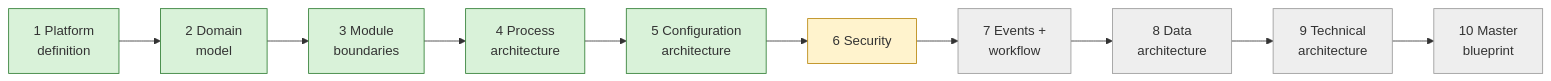
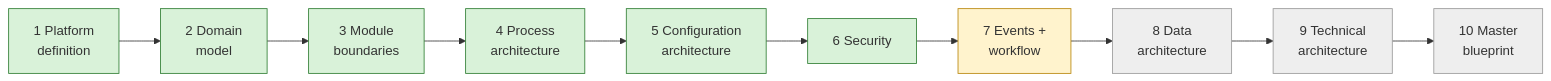
Before and after one commit to adityayadav30561-rgb/MASTER-ERP: the diagram in docs/00-context/CURRENT-STATE.md, drawn with Mermaid. The commit also changed other lines of this file and 29 other files, not shown here.

First line of the commit message:
Accept Step 6; add Step 7 events, automation, workflow, notifications

````diff
--- a/docs/00-context/CURRENT-STATE.md
+++ b/docs/00-context/CURRENT-STATE.md
@@ -11,8 +11,8 @@
 ```mermaid
 flowchart LR
     S1["1 Platform<br/>definition"]:::done --> S2["2 Domain<br/>model"]:::done --> S3["3 Module<br/>boundaries"]:::done --> S4["4 Process<br/>architecture"]:::done --> S5["5 Configuration<br/>architecture"]:::done
-    S5 --> S6["6 Security"]:::review --> S7["7 Events +<br/>workflow"]:::todo --> S8["8 Data<br/>architecture"]:::todo --> S9["9 Technical<br/>architecture"]:::todo --> S10["10 Master<br/>blueprint"]:::todo
+    S5 --> S6["6 Security"]:::done --> S7["7 Events +<br/>workflow"]:::review --> S8["8 Data<br/>architecture"]:::todo --> S9["9 Technical<br/>architecture"]:::todo --> S10["10 Master<br/>blueprint"]:::todo
     classDef done fill:#d9f2d9,stroke:#2e7d32
     classDef review fill:#fff3cd,stroke:#b8860b
     classDef todo fill:#eeeeee,stroke:#999999
 ```
````
